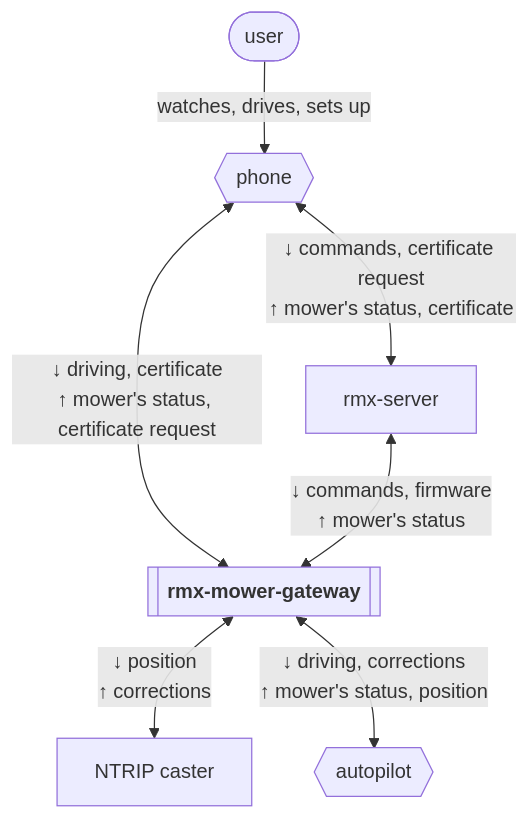
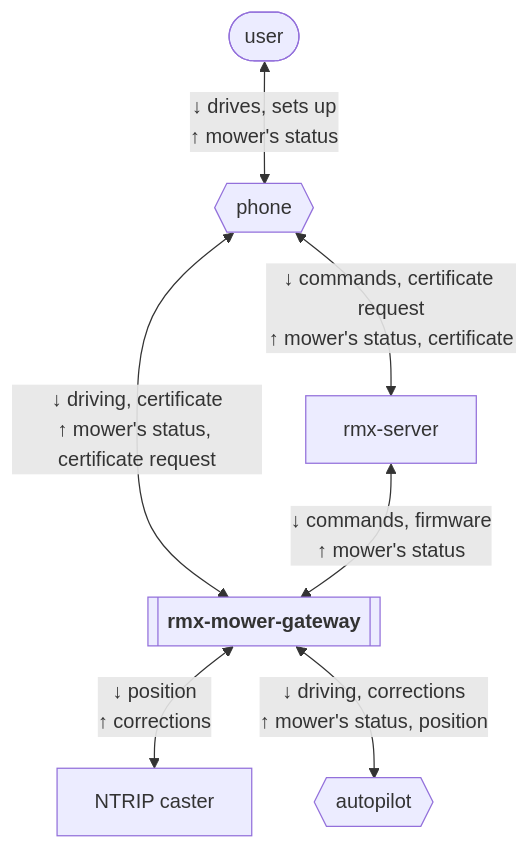
The first of 6 diagrams in .esp-architecture/diagrams/diagrams.md (rmx-lt/rmx-mower-gateway), drawn with Mermaid before and after one commit. The commit also changed 1 other file, not shown here.

Commit message:
Context: the phone shows the user the mower's status (#127)

````diff
--- a/.esp-architecture/diagrams/diagrams.md
+++ b/.esp-architecture/diagrams/diagrams.md
@@ -7,15 +7,15 @@
 ```mermaid
 flowchart TD
   n_system[["<b>rmx-mower-gateway</b>"]]
   n_user(["user"])
   n_phone{{"phone"}}
   n_rmx_server["rmx-server"]
   n_ntrip_caster["NTRIP caster"]
   n_autopilot{{"autopilot"}}
-  n_user -->|"watches, drives, sets up"| n_phone
+  n_user <-->|"↓ drives, sets up<br/>↑ mower's status"| n_phone
   n_phone <-->|"↓ commands, certificate request<br/>↑ mower's status, certificate"| n_rmx_server
   n_phone <-->|"↓ driving, certificate<br/>↑ mower's status, certificate request"| n_system
   n_rmx_server <-->|"↓ commands, firmware<br/>↑ mower's status"| n_system
   n_system <-->|"↓ position<br/>↑ corrections"| n_ntrip_caster
   n_system <-->|"↓ driving, corrections<br/>↑ mower's status, position"| n_autopilot
 ```
````
